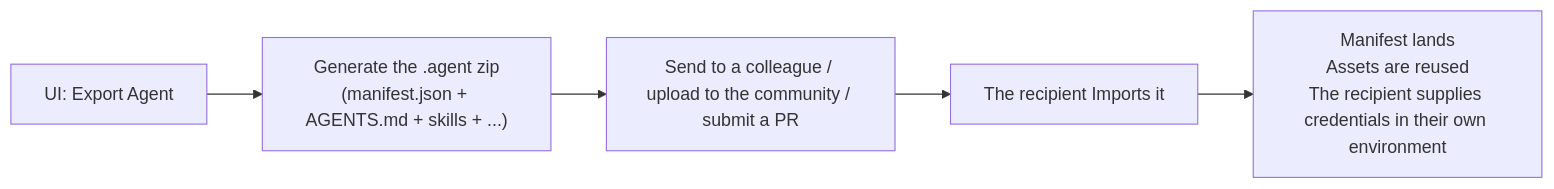
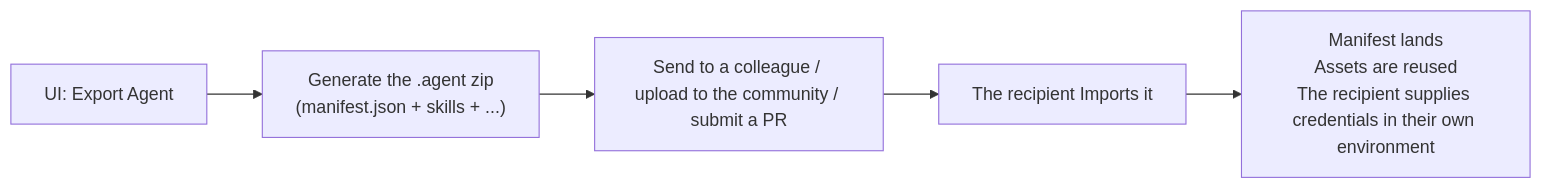
One commit to langgenius/mosoo changed the second of 4 diagrams in dev/prd/agent-manifest.md. Above: the diagram before and after it, drawn with Mermaid. The commit also changed other lines of this file and 94 other files, not shown here.

Commit message:
refactor(agent): remove AGENTS.md asset support

````diff
--- a/dev/prd/agent-manifest.md
+++ b/dev/prd/agent-manifest.md
@@ -198,7 +195,7 @@
 ```mermaid
 flowchart LR
-  A["UI: Export Agent"] --> B["Generate the .agent zip<br/>(manifest.json + AGENTS.md + skills + ...)"]
+  A["UI: Export Agent"] --> B["Generate the .agent zip<br/>(manifest.json + skills + ...)"]
   B --> C["Send to a colleague / upload to the community / submit a PR"]
   C --> D["The recipient Imports it"]
   D --> E["Manifest lands<br/>Assets are reused<br/>The recipient supplies credentials in their own environment"]
 ```
````
